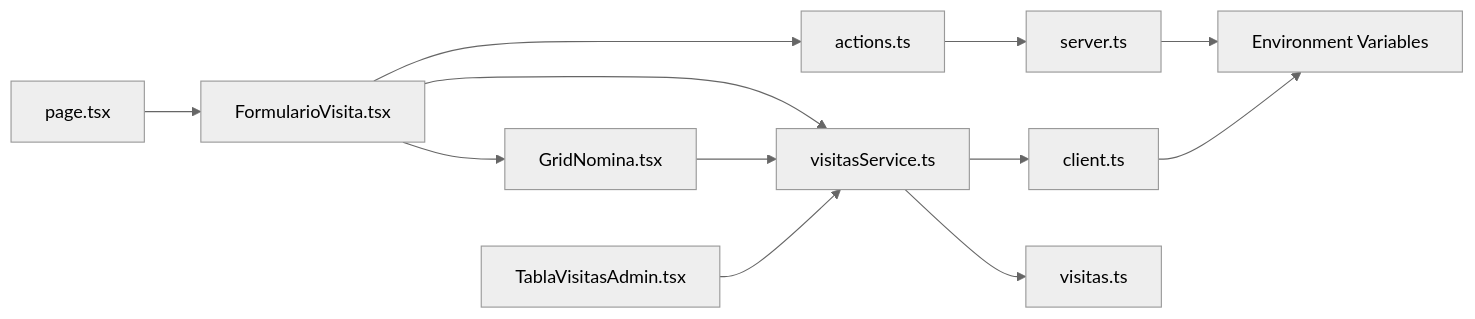
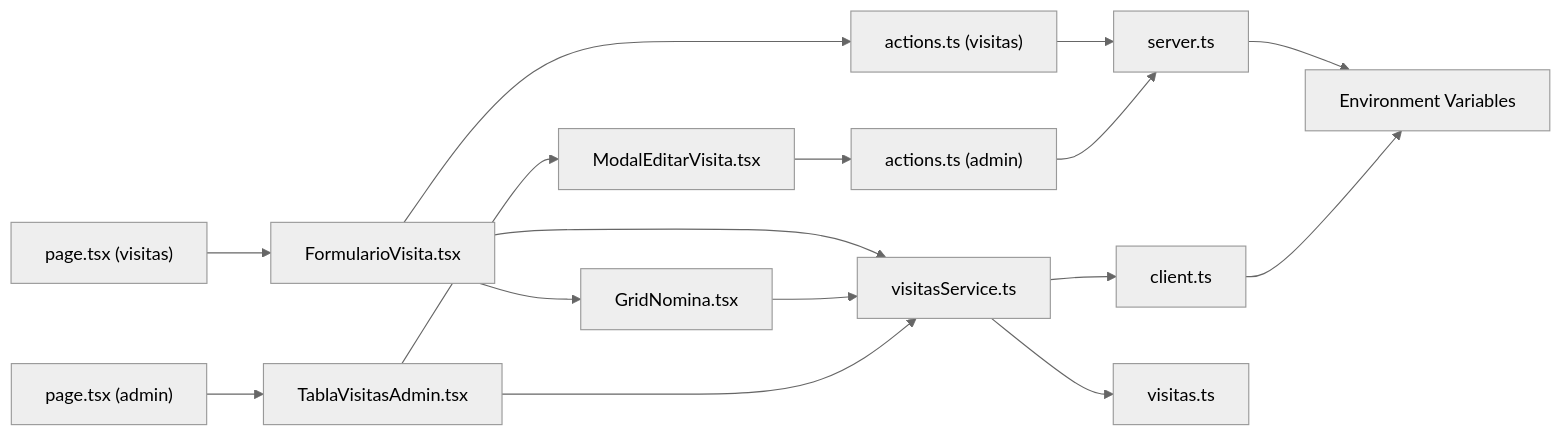
One commit to AgusCatra/simu-twin-web changed the third of 3 diagrams in .qoder/repowiki/en/content/Core Services & Business Logic/Visit Management Service.md. Above: the diagram before and after it, drawn with Mermaid (neutral theme). The commit also changed other lines of this file and 11 other files, not shown here.

````diff
--- a/.qoder/repowiki/en/content/Core Services & Business Logic/Visit Management Service.md
+++ b/.qoder/repowiki/en/content/Core Services & Business Logic/Visit Management Service.md
@@ -482,14 +456,18 @@
 ```mermaid
 graph LR
-PAGE["page.tsx"] --> FORM["FormularioVisita.tsx"]
+PAGE1["page.tsx (visitas)"] --> FORM["FormularioVisita.tsx"]
 FORM --> GRID["GridNomina.tsx"]
-FORM --> ACTION["actions.ts"]
+FORM --> ACTION1["actions.ts (visitas)"]
 FORM --> SVC["visitasService.ts"]
-ACTION --> SERVER_SUP["server.ts"]
+PAGE2["page.tsx (admin)"] --> TABLE["TablaVisitasAdmin.tsx"]
+TABLE --> MODAL["ModalEditarVisita.tsx"]
+MODAL --> ACTION2["actions.ts (admin)"]
+ACTION1 --> SERVER_SUP["server.ts"]
+ACTION2 --> SERVER_SUP
 SVC --> CLIENT_SUP["client.ts"]
 GRID --> SVC
-ADMIN["TablaVisitasAdmin.tsx"] --> SVC
+TABLE --> SVC
 SVC --> TYPES["visitas.ts"]
 SERVER_SUP --> ENV["Environment Variables"]
 CLIENT_SUP --> ENV
 ```
````
